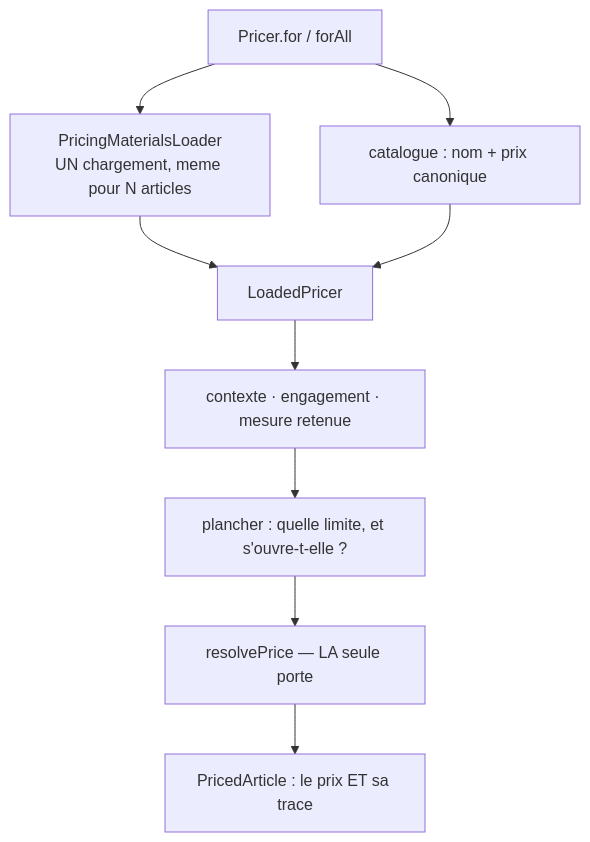
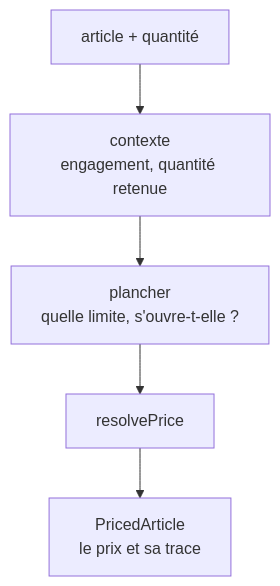
One commit to hugoheynard/lfd changed the second of 2 diagrams in documentation/pricing/moteur/architecture-pricer.md. Above: the diagram before and after it, drawn with Mermaid. The commit also changed other lines of this file and 1 other file, not shown here.

First line of the commit message:
docs(pricing): le tarificateur, réécrit contre le code

````diff
--- a/documentation/pricing/moteur/architecture-pricer.md
+++ b/documentation/pricing/moteur/architecture-pricer.md
@@ -118,11 +91,7 @@
 ```mermaid
 flowchart TB
-  A["Pricer.for / forAll"] --> B["catalogue : nom + prix canonique"]
-  A --> C["PricingMaterialsLoader<br/>UN chargement, meme pour N articles"]
-  C --> D["LoadedPricer"]
-  B --> D
-  D --> E["contexte · engagement · mesure retenue"]
-  E --> F["plancher : quelle limite, et s'ouvre-t-elle ?"]
-  F --> G["resolvePrice — LA seule porte"]
-  G --> H["PricedArticle : le prix ET sa trace"]
+  I["article + quantité"] --> C["contexte<br/>engagement, quantité retenue"]
+  C --> F["plancher<br/>quelle limite, s'ouvre-t-elle ?"]
+  F --> R["resolvePrice"]
+  R --> P["PricedArticle<br/>le prix et sa trace"]
 ```
````
